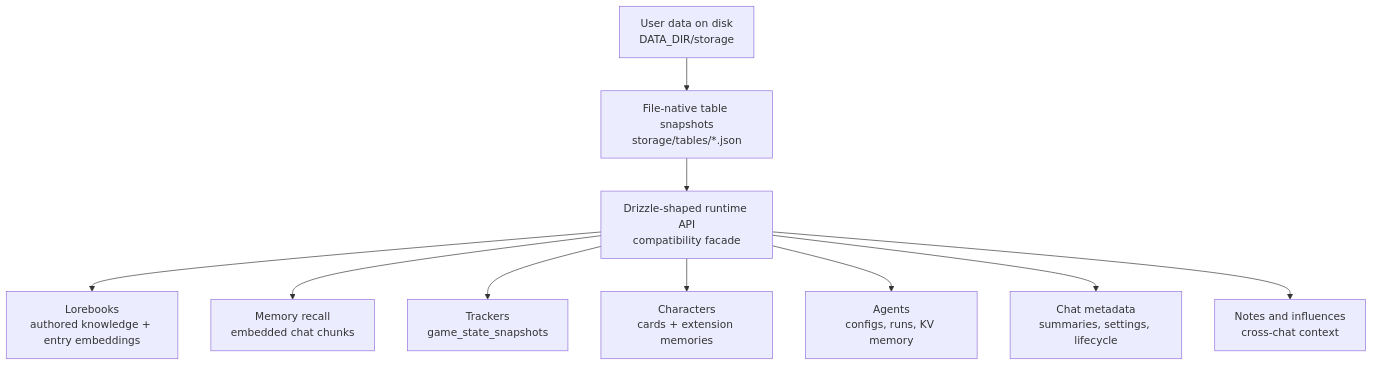
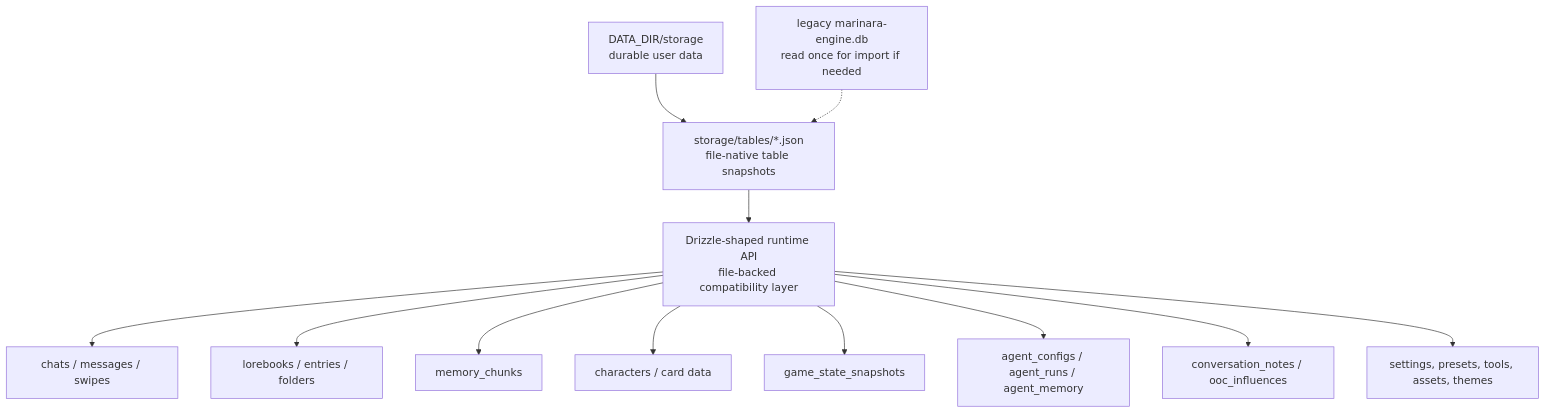
Before and after one commit to adunato/Marinara-Engine-Project: the first of 9 diagrams in change_requests/CR008_data_storage_harmonization/ASSESSMENT.md, drawn with Mermaid. The commit also changed other lines of this file and 1 other file, not shown here.

````diff
--- a/change_requests/CR008_data_storage_harmonization/ASSESSMENT.md
+++ b/change_requests/CR008_data_storage_harmonization/ASSESSMENT.md
@@ -23,13 +31,15 @@
 ```mermaid
 flowchart TD
-  UserData["User data on disk<br/>DATA_DIR/storage"] --> FileTables["File-native table snapshots<br/>storage/tables/*.json"]
-  FileTables --> RuntimeDB["Drizzle-shaped runtime API<br/>compatibility facade"]
+  Disk["DATA_DIR/storage<br/>durable user data"] --> Tables["storage/tables/*.json<br/>file-native table snapshots"]
+  Legacy["legacy marinara-engine.db<br/>read once for import if needed"] -.-> Tables
+  Tables --> Runtime["Drizzle-shaped runtime API<br/>file-backed compatibility layer"]
 
-  RuntimeDB --> Lorebooks["Lorebooks<br/>authored knowledge + entry embeddings"]
-  RuntimeDB --> MemoryRecall["Memory recall<br/>embedded chat chunks"]
-  RuntimeDB --> Trackers["Trackers<br/>game_state_snapshots"]
-  RuntimeDB --> Characters["Characters<br/>cards + extension memories"]
-  RuntimeDB --> Agents["Agents<br/>configs, runs, KV memory"]
-  RuntimeDB --> ChatMeta["Chat metadata<br/>summaries, settings, lifecycle"]
-  RuntimeDB --> Notes["Notes and influences<br/>cross-chat context"]
+  Runtime --> Chats["chats / messages / swipes"]
+  Runtime --> Lorebooks["lorebooks / entries / folders"]
+  Runtime --> MemoryChunks["memory_chunks"]
+  Runtime --> Characters["characters / card data"]
+  Runtime --> GameState["game_state_snapshots"]
+  Runtime --> Agents["agent_configs / agent_runs / agent_memory"]
+  Runtime --> Notes["conversation_notes / ooc_influences"]
+  Runtime --> Settings["settings, presets, tools, assets, themes"]
 ```
````
